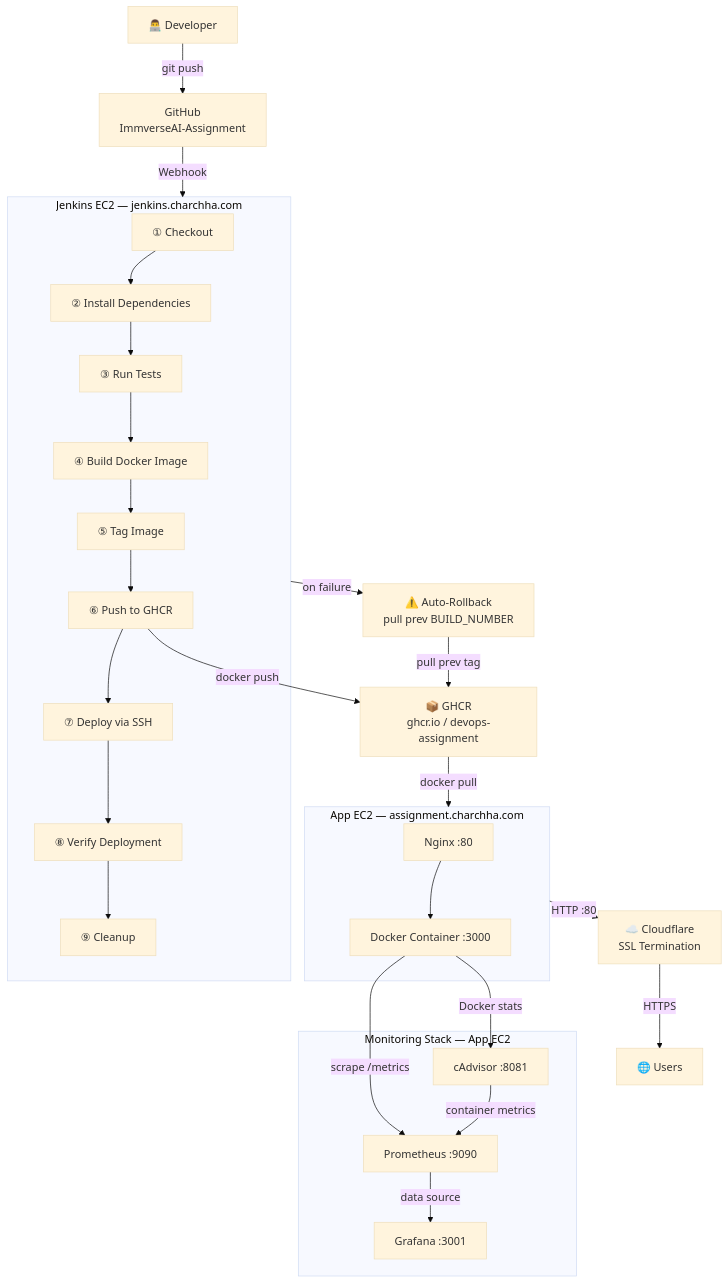
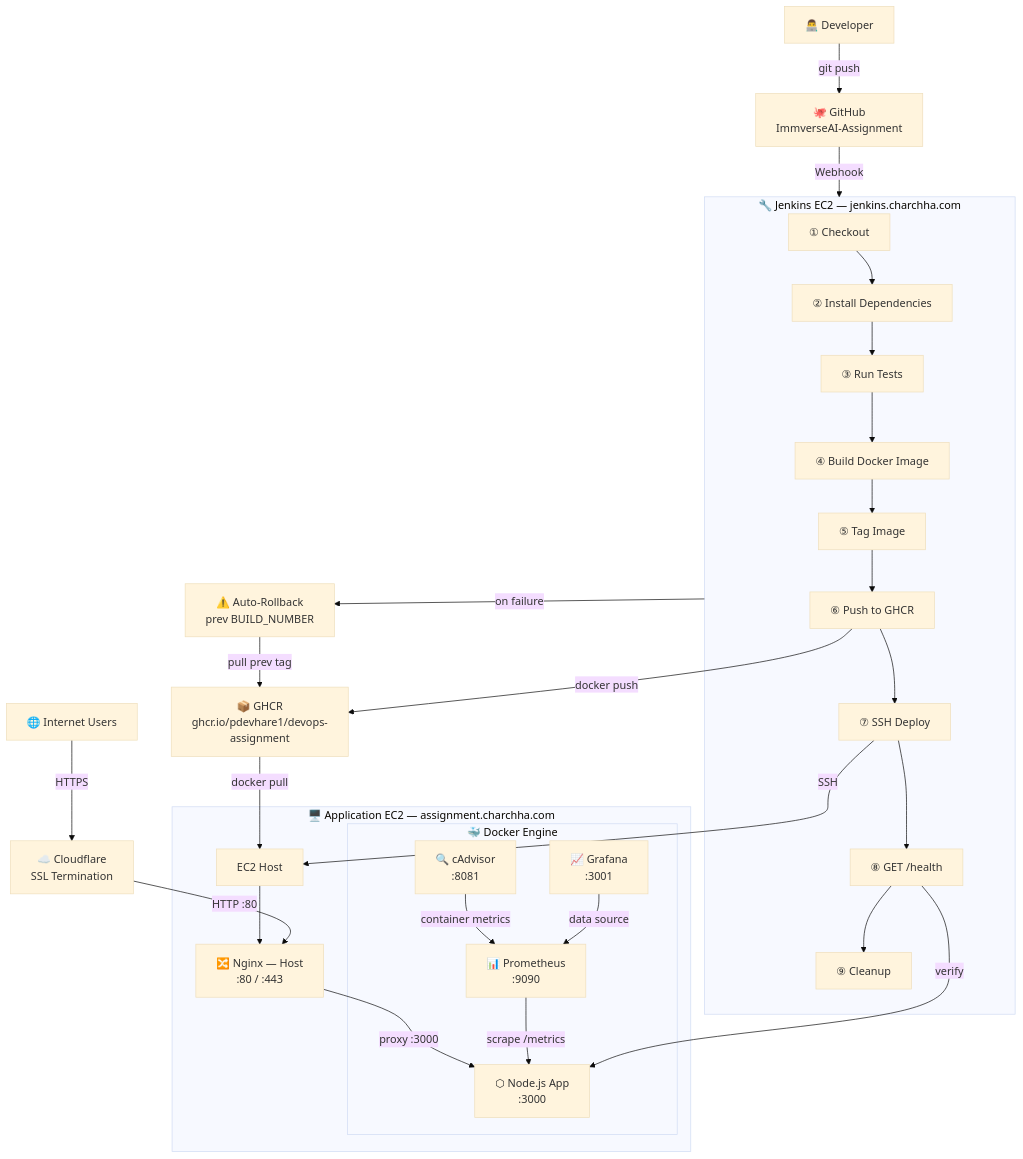
Before and after one commit to pdevhare1/ImmverseAI-Assignment: the diagram in README.md, drawn with Mermaid (base theme).

Commit message:
Update Mermaid architecture: fix App EC2 structure, correct deployment flow, add monitoring inside Docker Engine

````diff
--- a/README.md
+++ b/README.md
@@ -33,37 +33,44 @@
 ```mermaid
 flowchart TD
-    Dev["👨‍💻 Developer"] -->|git push| GH["GitHub\nImmverseAI-Assignment"]
-    GH -->|"Webhook"| JK
+    Dev["👨‍💻 Developer"] -->|git push| GH["🐙 GitHub\nImmverseAI-Assignment"]
+    GH -->|Webhook| JK
 
-    subgraph JK["Jenkins EC2 — jenkins.charchha.com"]
-        J1[① Checkout] --> J2[② Install Dependencies]
-        J2 --> J3[③ Run Tests]
-        J3 --> J4[④ Build Docker Image]
-        J4 --> J5[⑤ Tag Image]
-        J5 --> J6[⑥ Push to GHCR]
-        J6 --> J7[⑦ Deploy via SSH]
-        J7 --> J8[⑧ Verify Deployment]
-        J8 --> J9[⑨ Cleanup]
+    subgraph JK["🔧 Jenkins EC2 — jenkins.charchha.com"]
+        J1["① Checkout"] --> J2["② Install Dependencies"]
+        J2 --> J3["③ Run Tests"]
+        J3 --> J4["④ Build Docker Image"]
+        J4 --> J5["⑤ Tag Image"]
+        J5 --> J6["⑥ Push to GHCR"]
+        J6 --> J7["⑦ SSH Deploy"]
+        J7 --> J8["⑧ GET /health"]
+        J8 --> J9["⑨ Cleanup"]
     end
 
-    J6 -->|docker push| GHCR["📦 GHCR\nghcr.io / devops-assignment"]
-    GHCR -->|docker pull| APP
+    J6 -->|docker push| GHCR["📦 GHCR\nghcr.io/pdevhare1/devops-assignment"]
 
-    subgraph APP["App EC2 — assignment.charchha.com"]
-        NGX["Nginx :80"] --> DOC["Docker Container :3000"]
+    subgraph APPEC2["🖥️ Application EC2 — assignment.charchha.com"]
+        HOST["EC2 Host"]
+        NGX["🔀 Nginx — Host\n:80 / :443"]
+        subgraph DE["🐳 Docker Engine"]
+            NODEJS["⬡ Node.js App\n:3000"]
+            PROM["📊 Prometheus\n:9090"]
+            GF["📈 Grafana\n:3001"]
+            CAD["🔍 cAdvisor\n:8081"]
+        end
+        HOST --> NGX
+        NGX -->|proxy :3000| NODEJS
+        PROM -->|scrape /metrics| NODEJS
+        CAD -->|container metrics| PROM
+        GF -->|data source| PROM
     end
 
-    APP -->|HTTP :80| CF["☁️ Cloudflare\nSSL Termination"]
-    CF -->|HTTPS| Users["🌐 Users"]
+    GHCR -->|docker pull| HOST
+    J7 -->|SSH| HOST
+    J8 -->|verify| NODEJS
 
-    JK -->|"on failure"| RB["⚠️ Auto-Rollback\npull prev BUILD_NUMBER"]
+    Users["🌐 Internet Users"] -->|HTTPS| CF["☁️ Cloudflare\nSSL Termination"]
+    CF -->|HTTP :80| NGX
+
+    JK -->|on failure| RB["⚠️ Auto-Rollback\nprev BUILD_NUMBER"]
     RB -->|pull prev tag| GHCR
-
-    subgraph MON["Monitoring Stack — App EC2"]
-        CAD["cAdvisor :8081"] -->|container metrics| PROM["Prometheus :9090"]
-        PROM -->|data source| GF["Grafana :3001"]
-    end
-
-    DOC -->|scrape /metrics| PROM
-    DOC -->|Docker stats| CAD
 ```
````
